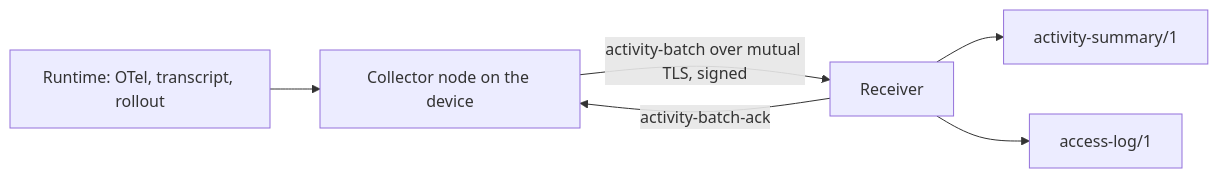
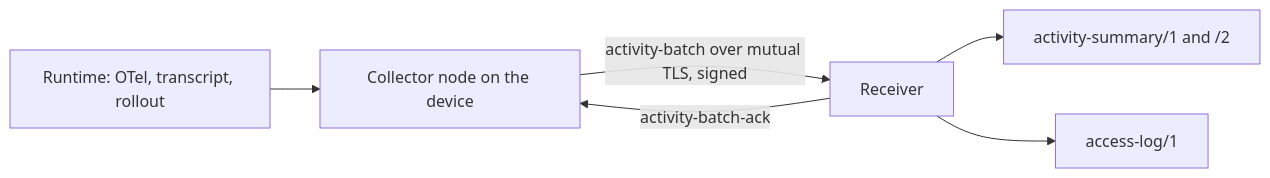
Before and after one commit to passioncode-ai/fabric-agent-contract: the diagram in docs/specification/activity.md, drawn with Mermaid. The commit also changed other lines of this file and 39 other files, not shown here.

First line of the commit message:
DEC-0171 (CT-318, CT-319): an agent turn's time (turn) and a machine's organization accounts (account.inventory), activity-summary/2 (#320)

````diff
--- a/docs/specification/activity.md
+++ b/docs/specification/activity.md
@@ -36,8 +38,8 @@
 ```mermaid
 flowchart LR
   R[Runtime: OTel, transcript, rollout] --> C[Collector node on the device]
   C -- activity-batch over mutual TLS, signed --> S[Receiver]
   S -- activity-batch-ack --> C
-  S --> M[activity-summary/1]
+  S --> M[activity-summary/1 and /2]
   S --> A[access-log/1]
 ```
````
